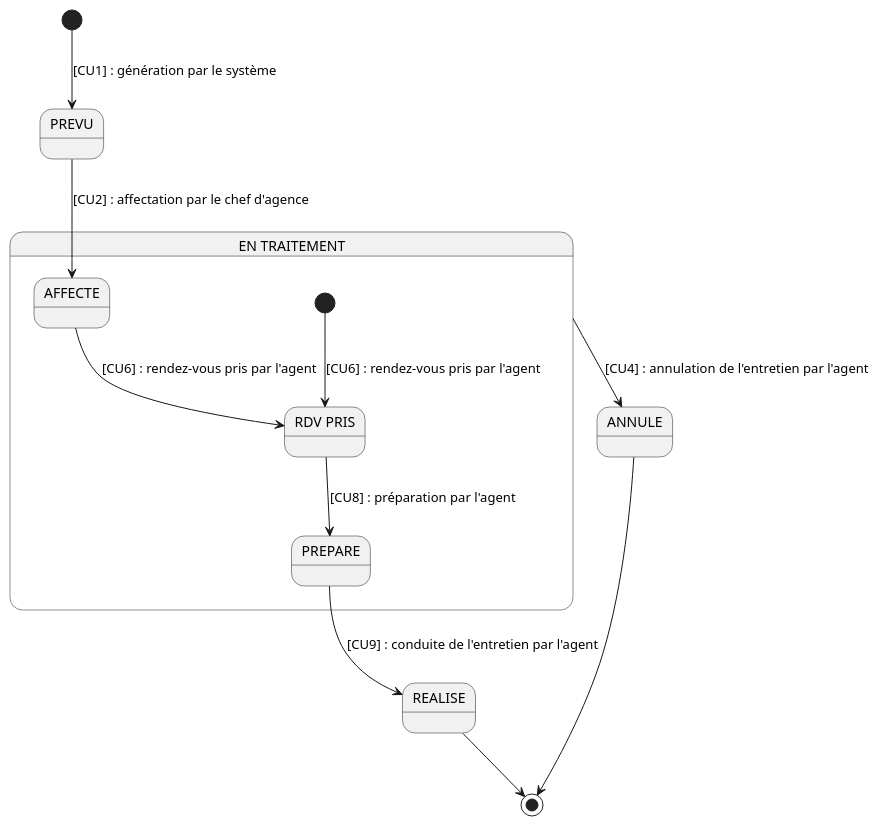
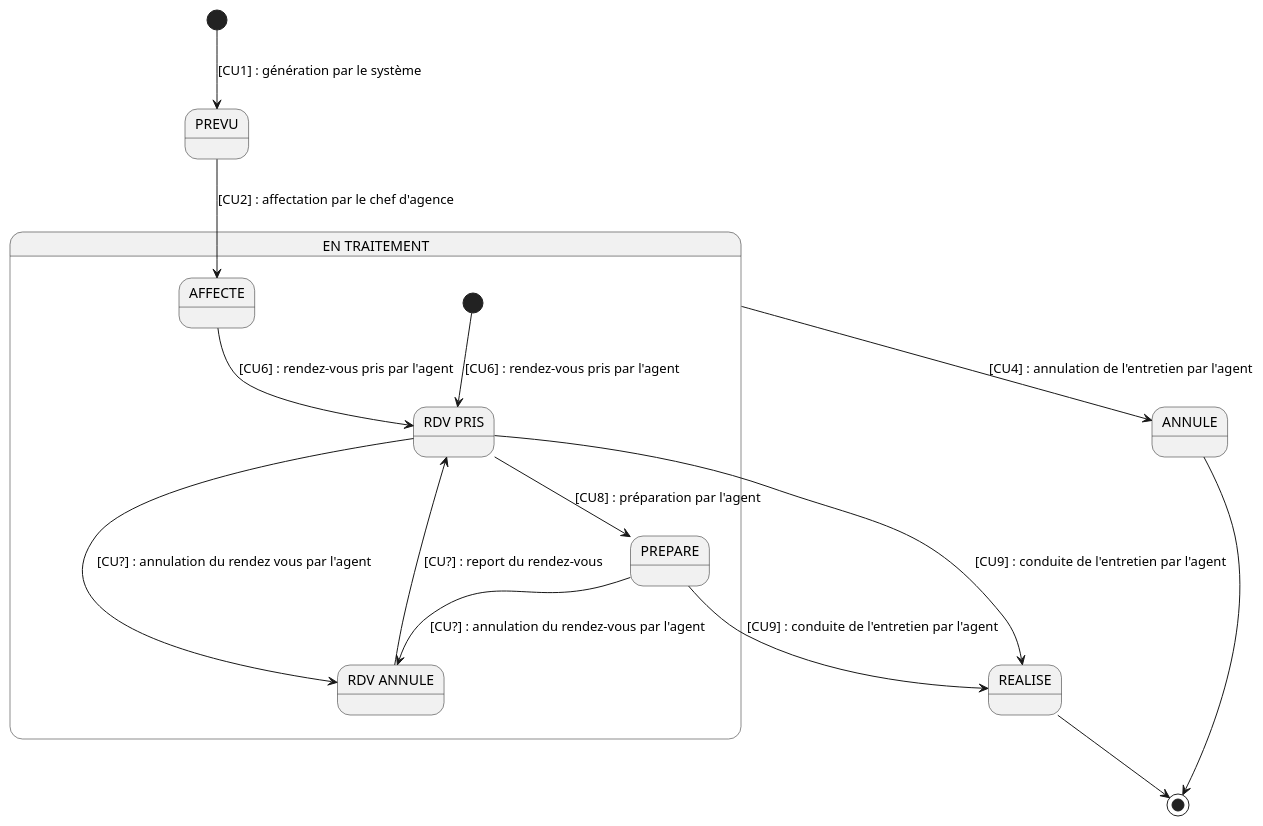
The diagram in diagram/Diagrammes d'états/diag_etats_contact.puml (antitoine/INSA-4IF-ASI-SOA), drawn with PlantUML before and after one commit.

Commit message:
MaJ diagramme d'etats du CONTACT, suite aux remarques

```diff
--- a/diagram/Diagrammes d'états/diag_etats_contact.puml
+++ b/diagram/Diagrammes d'états/diag_etats_contact.puml
@@ -1,26 +1,32 @@
 @startuml
 
 [*] --> PREVU : [CU1] : génération par le système
 
 state "EN TRAITEMENT" as EnTraitement {
 
 state "RDV PRIS" as RdvPris
+state "RDV ANNULE" as RdvAnnule
 
 [*] --> RdvPris : [CU6] : rendez-vous pris par l'agent
 
 PREVU --> AFFECTE : [CU2] : affectation par le chef d'agence 
 
 AFFECTE --> RdvPris : [CU6] : rendez-vous pris par l'agent
 
 RdvPris --> PREPARE : [CU8] : préparation par l'agent
 
+RdvPris --> RdvAnnule : [CU?] : annulation du rendez vous par l'agent
+PREPARE --> RdvAnnule : [CU?] : annulation du rendez-vous par l'agent
+RdvAnnule --> RdvPris : [CU?] : report du rendez-vous
+
 }
 
+RdvPris --> REALISE : [CU9] : conduite de l'entretien par l'agent
 PREPARE --> REALISE : [CU9] : conduite de l'entretien par l'agent
 
 EnTraitement --> ANNULE : [CU4] : annulation de l'entretien par l'agent
 
 REALISE --> [*]
 ANNULE --> [*] 
 
 @enduml
```
